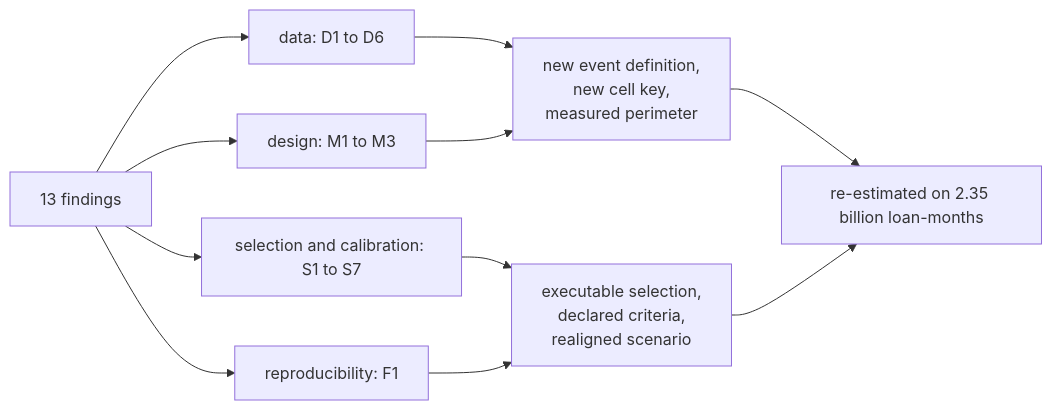
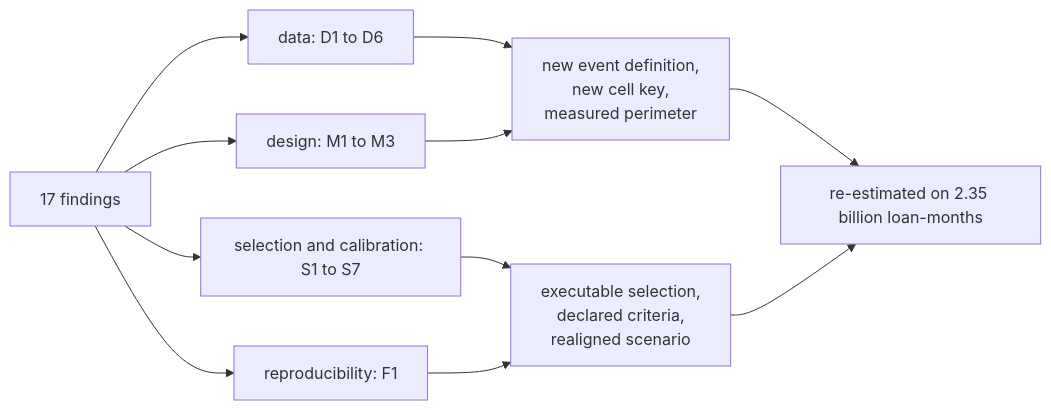
Before and after one commit to LorenzoPerrella/credit-game: the diagram in docs/validation.md, drawn with Mermaid. The commit also changed other lines of this file and 5 other files, not shown here.

````diff
--- a/docs/validation.md
+++ b/docs/validation.md
@@ -12,13 +16,13 @@
 ```mermaid
 flowchart LR
-    V["13 findings"] --> D["data: D1 to D6"]
+    V["17 findings"] --> D["data: D1 to D6"]
     V --> M["design: M1 to M3"]
     V --> S["selection and calibration: S1 to S7"]
     V --> F["reproducibility: F1"]
     D --> R["new event definition,<br/>new cell key,<br/>measured perimeter"]
     M --> R
     S --> P["executable selection,<br/>declared criteria,<br/>realigned scenario"]
     F --> P
     R --> O["re-estimated on 2.35 billion loan-months"]
     P --> O
 ```
````
